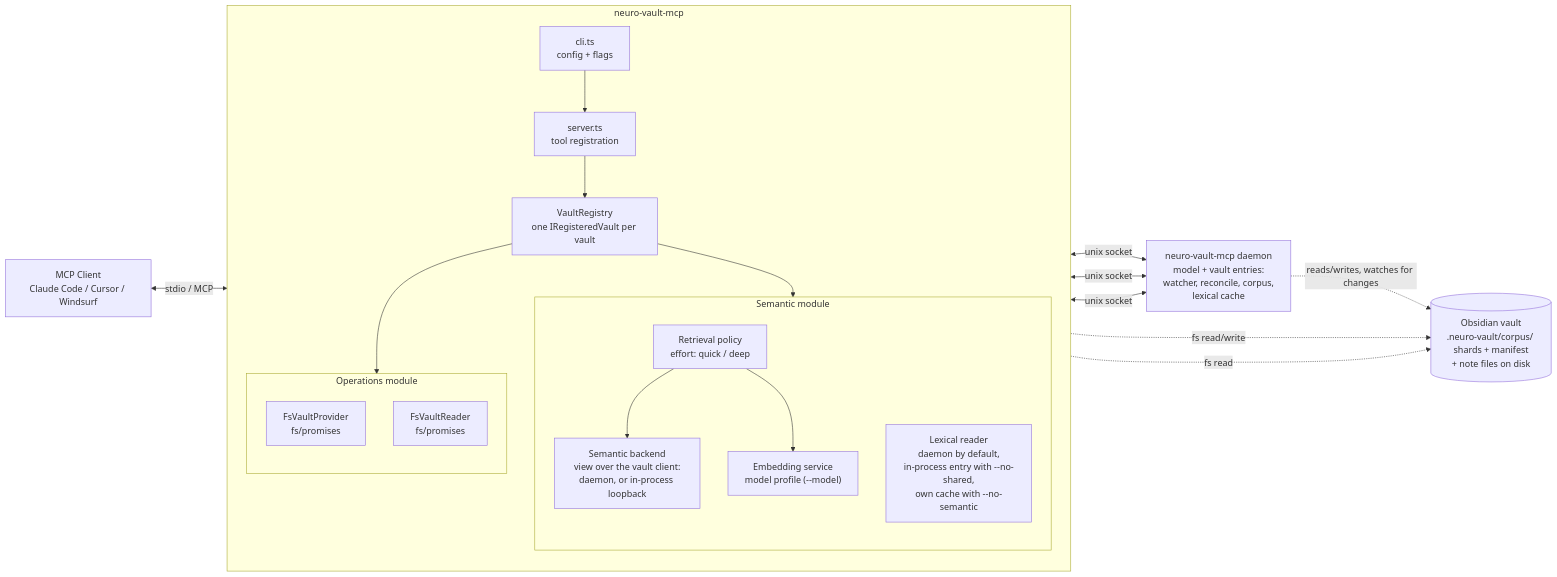
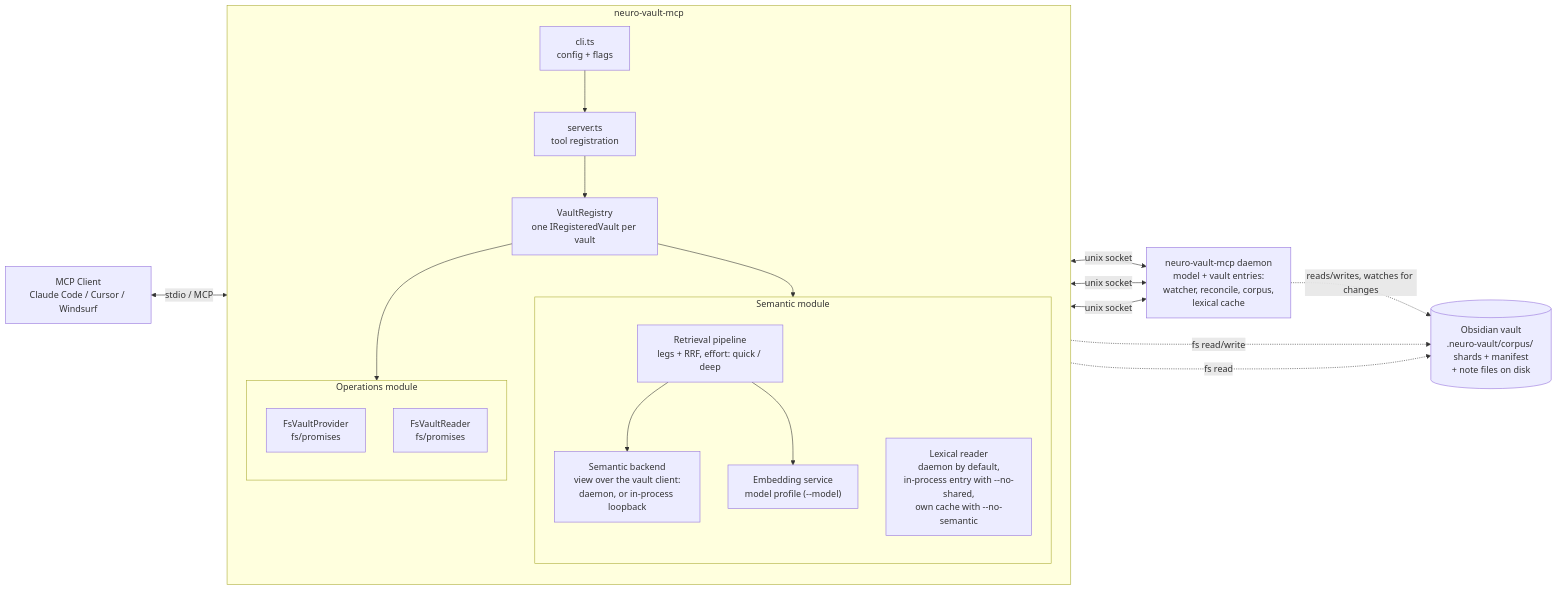
Before and after one commit to AlexMost/neuro-vault: the diagram in docs/architecture/module-structure.md, drawn with Mermaid. The commit also changed other lines of this file and 22 other files, not shown here.

````diff
--- a/docs/architecture/module-structure.md
+++ b/docs/architecture/module-structure.md
@@ -53,37 +55,37 @@
 ```mermaid
 flowchart LR
     Client[MCP Client<br/>Claude Code / Cursor / Windsurf]
     subgraph Server[neuro-vault-mcp]
         direction TB
         CLI[cli.ts<br/>config + flags]
         Core[server.ts<br/>tool registration]
         Registry[VaultRegistry<br/>one IRegisteredVault per vault]
         subgraph Semantic[Semantic module]
             direction TB
             Backend[Semantic backend<br/>view over the vault client:<br/>daemon, or in-process loopback]
-            Retrieval[Retrieval policy<br/>effort: quick / deep]
+            Retrieval[Retrieval pipeline<br/>legs + RRF, effort: quick / deep]
             Embed["Embedding service<br/>model profile (--model)"]
             Lexical["Lexical reader<br/>daemon by default,<br/>in-process entry with --no-shared,<br/>own cache with --no-semantic"]
         end
         subgraph Operations[Operations module]
             direction TB
             Provider[FsVaultProvider<br/>fs/promises]
             Reader[FsVaultReader<br/>fs/promises]
         end
         CLI --> Core
         Core --> Registry
         Registry --> Semantic
         Registry --> Operations
         Retrieval --> Embed
         Retrieval --> Backend
     end
     Daemon[neuro-vault-mcp daemon<br/>model + vault entries:<br/>watcher, reconcile, corpus,<br/>lexical cache]
     Vault[(Obsidian vault<br/>.neuro-vault/corpus/ shards + manifest<br/>+ note files on disk)]
     Client <-->|stdio / MCP| Core
     Backend <-->|unix socket| Daemon
     Embed <-->|unix socket| Daemon
     Daemon -. reads/writes, watches for changes .-> Vault
     Lexical <-->|unix socket| Daemon
     Provider -. fs read/write .-> Vault
     Reader -. fs read .-> Vault
 ```
````
